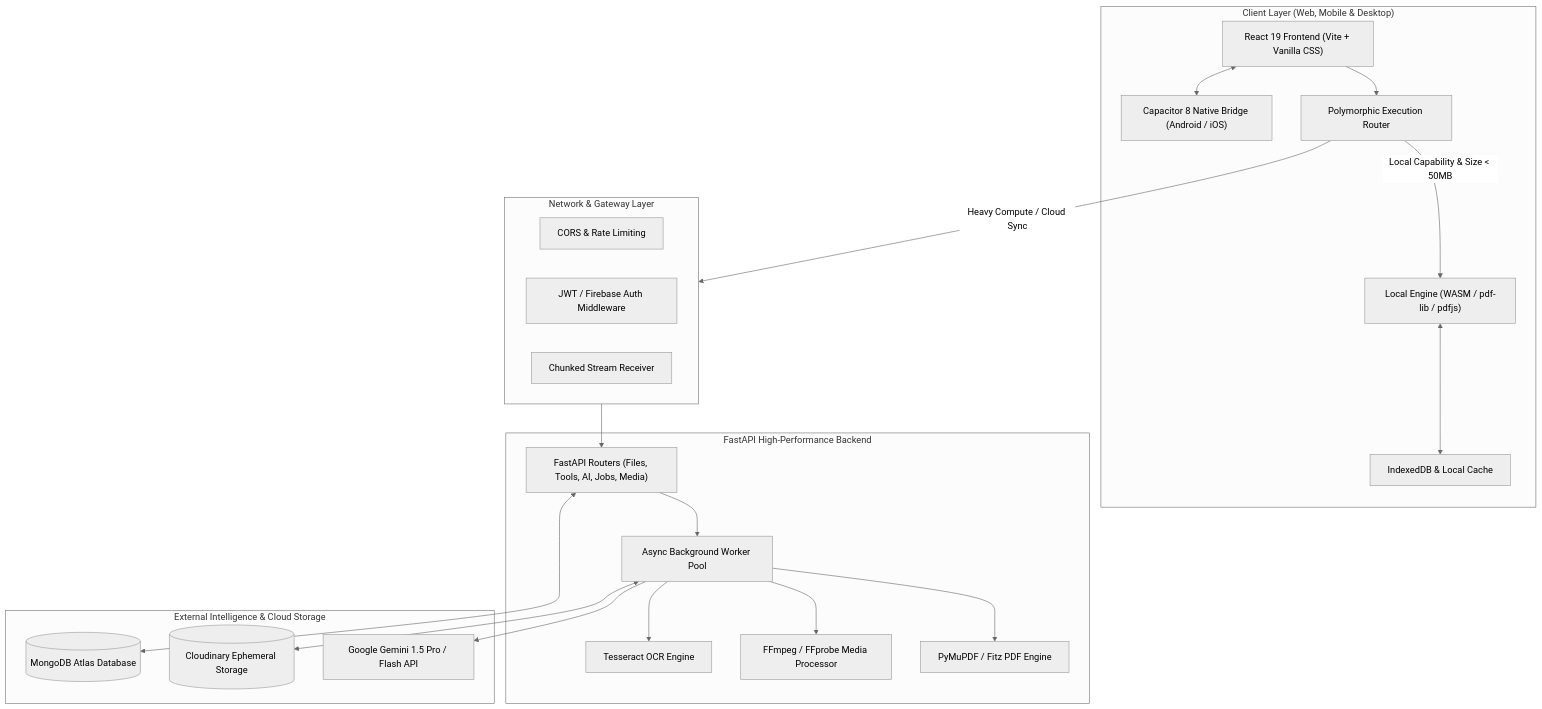
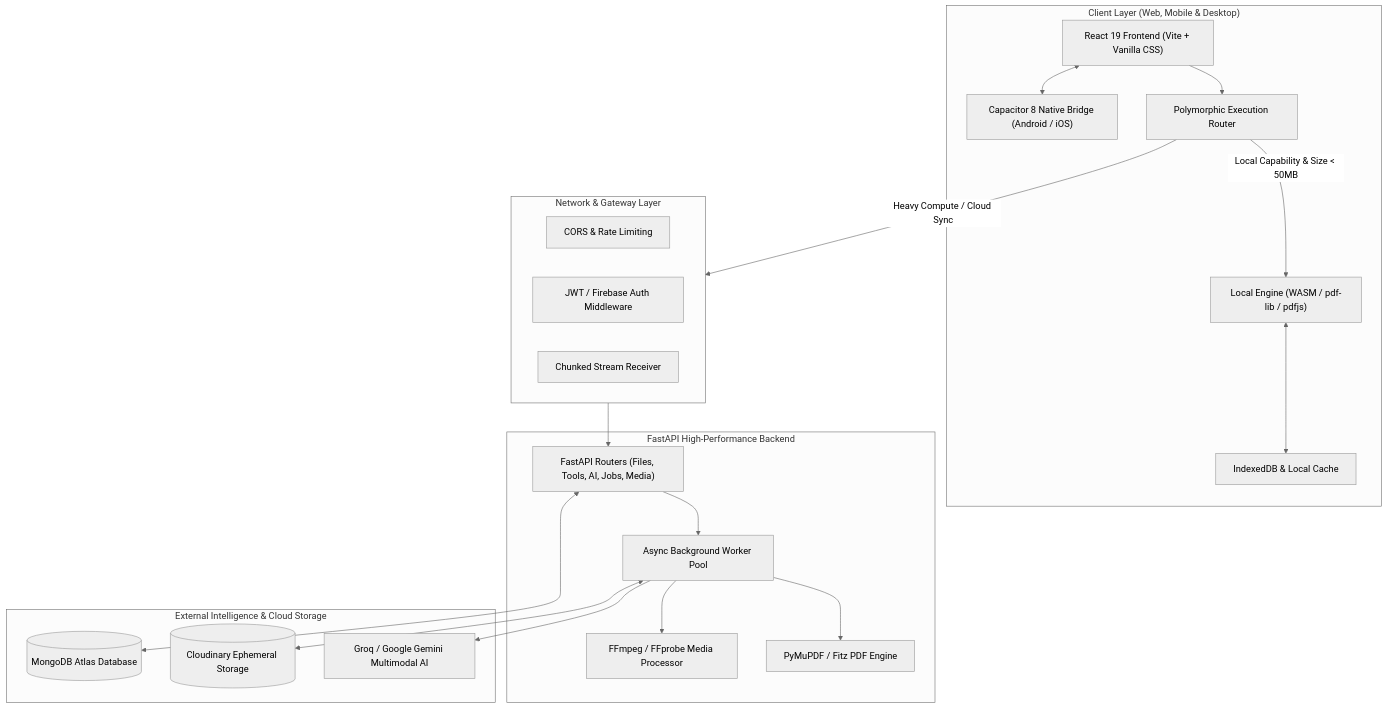
The first of 5 diagrams in README.md (TheOrionGD/PaperKit), drawn with Mermaid (neutral theme) before and after one commit. The commit also changed other lines of this file and 10 other files, not shown here.

````diff
--- a/README.md
+++ b/README.md
@@ -121,45 +121,43 @@
 ```mermaid
 graph TB
     subgraph ClientLayer ["Client Layer (Web, Mobile & Desktop)"]
         UI["React 19 Frontend (Vite + Vanilla CSS)"]
         Router["Polymorphic Execution Router"]
         WASM["Local Engine (WASM / pdf-lib / pdfjs)"]
         StorageDB["IndexedDB & Local Cache"]
         CapacitorBridge["Capacitor 8 Native Bridge (Android / iOS)"]
     end
 
     subgraph GatewayLayer ["Network & Gateway Layer"]
         CORS["CORS & Rate Limiting"]
         AuthMiddleware["JWT / Firebase Auth Middleware"]
         UploadHandler["Chunked Stream Receiver"]
     end
 
     subgraph BackendLayer ["FastAPI High-Performance Backend"]
         APIRouters["FastAPI Routers (Files, Tools, AI, Jobs, Media)"]
         WorkerQueue["Async Background Worker Pool"]
         PyMuPDF["PyMuPDF / Fitz PDF Engine"]
         FFmpegBin["FFmpeg / FFprobe Media Processor"]
-        TesseractEngine["Tesseract OCR Engine"]
     end
 
     subgraph ExternalServices ["External Intelligence & Cloud Storage"]
-        GeminiAPI["Google Gemini 1.5 Pro / Flash API"]
+        AIProviders["Groq / Google Gemini Multimodal AI"]
         MongoDBAtlas[("MongoDB Atlas Database")]
         CloudinaryStore[("Cloudinary Ephemeral Storage")]
     end
 
     UI --> Router
     Router -->|Local Capability & Size < 50MB| WASM
     Router -->|Heavy Compute / Cloud Sync| GatewayLayer
     UI <--> CapacitorBridge
     WASM <--> StorageDB
 
     GatewayLayer --> APIRouters
     APIRouters --> WorkerQueue
     WorkerQueue --> PyMuPDF
     WorkerQueue --> FFmpegBin
-    WorkerQueue --> TesseractEngine
-    WorkerQueue --> GeminiAPI
+    WorkerQueue --> AIProviders
     APIRouters <--> MongoDBAtlas
     WorkerQueue <--> CloudinaryStore
 ```
````
